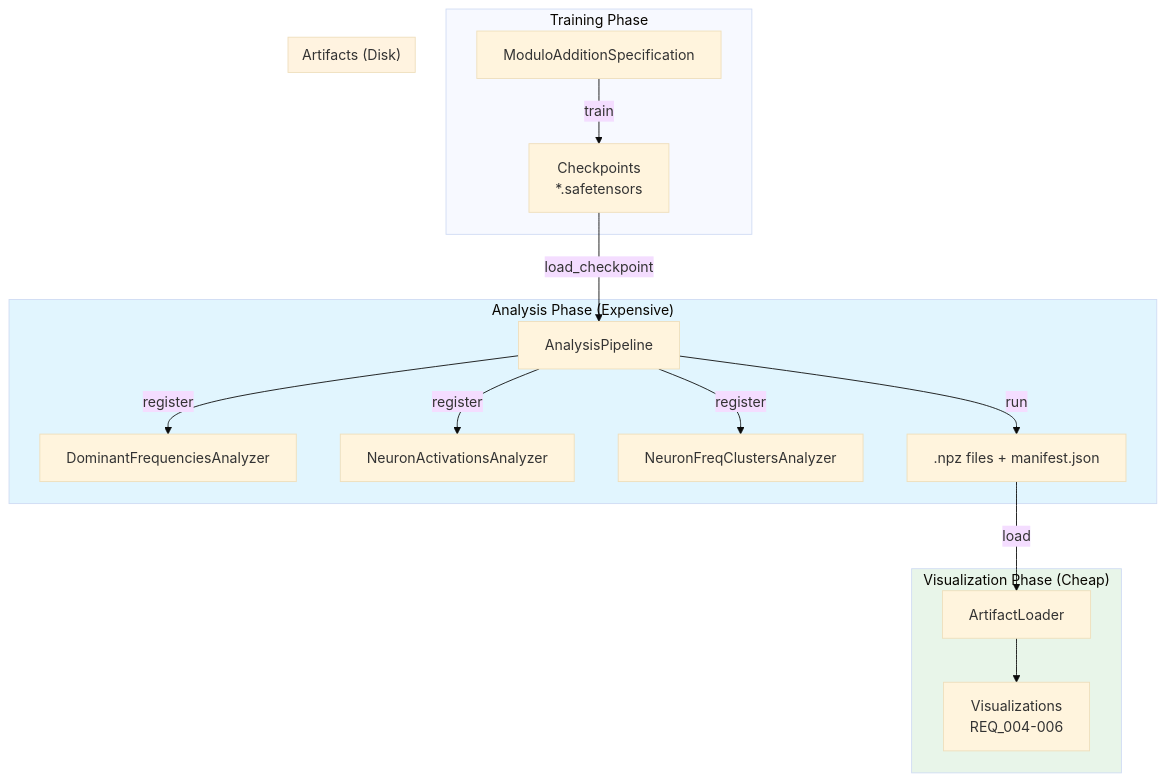
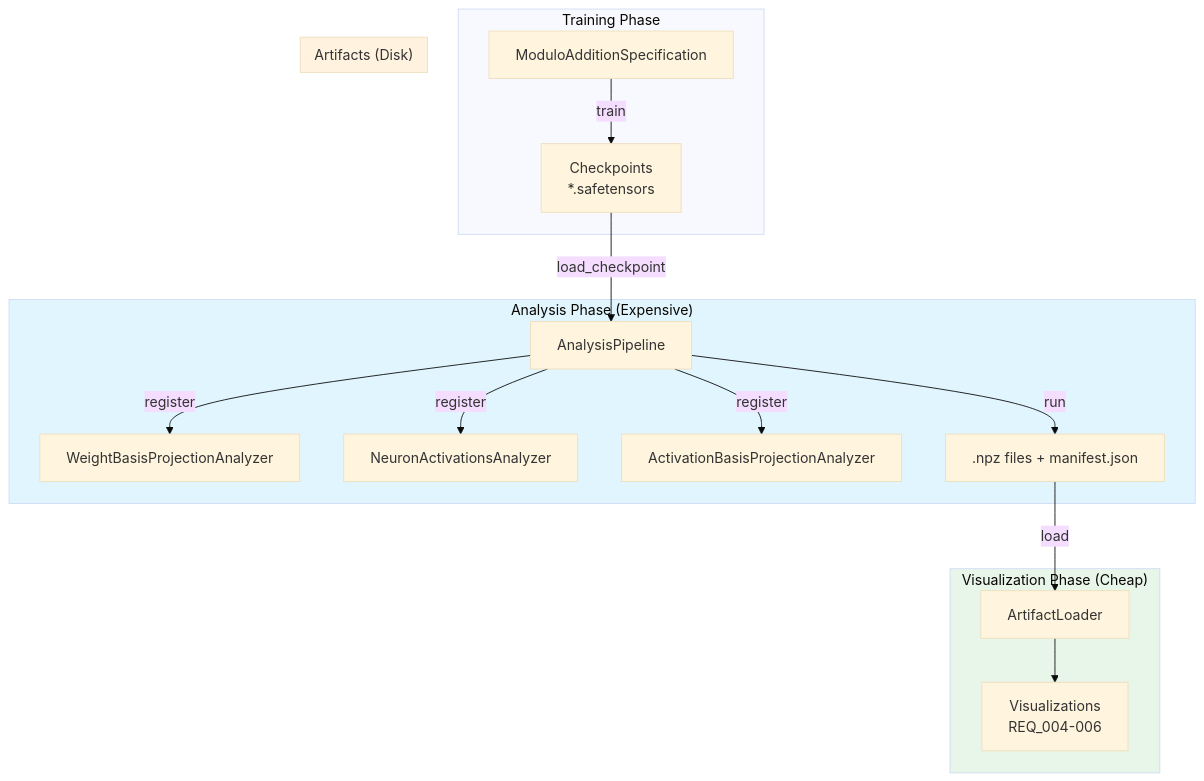
The diagram in packages/miscope/src/miscope/analysis/README.md (roaringsurfdev/miscope), drawn with Mermaid (base theme) before and after one commit. The commit also changed other lines of this file and 2 other files, not shown here.

````diff
--- a/packages/miscope/src/miscope/analysis/README.md
+++ b/packages/miscope/src/miscope/analysis/README.md
@@ -7,38 +7,38 @@
 ```mermaid
 flowchart TB
     subgraph Training["Training Phase"]
         MS[ModuloAdditionSpecification]
         CP[Checkpoints<br/>*.safetensors]
         MS -->|train| CP
     end
 
     subgraph Analysis["Analysis Phase (Expensive)"]
         AP[AnalysisPipeline]
-        AN1[DominantFrequenciesAnalyzer]
+        AN1[WeightBasisProjectionAnalyzer]
         AN2[NeuronActivationsAnalyzer]
-        AN3[NeuronFreqClustersAnalyzer]
+        AN3[ActivationBasisProjectionAnalyzer]
 
         AP -->|register| AN1
         AP -->|register| AN2
         AP -->|register| AN3
 
         CP -->|load_checkpoint| AP
         AP -->|run| ART
     end
 
     subgraph Artifacts["Artifacts (Disk)"]
         ART[".npz files + manifest.json"]
     end
 
     subgraph Visualization["Visualization Phase (Cheap)"]
         AL[ArtifactLoader]
         VIZ[Visualizations<br/>REQ_004-006]
 
         ART -->|load| AL
         AL --> VIZ
     end
 
     style Analysis fill:#e1f5fe
     style Artifacts fill:#fff3e0
     style Visualization fill:#e8f5e9
 ```
````
